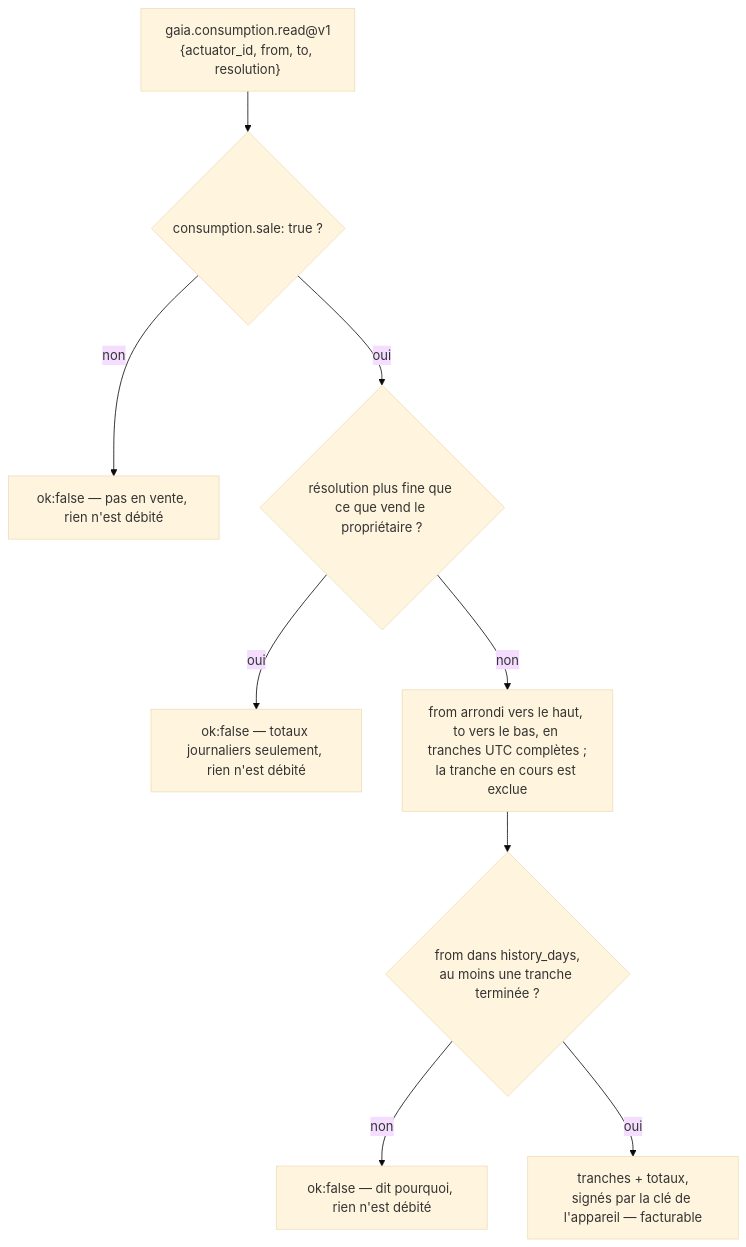
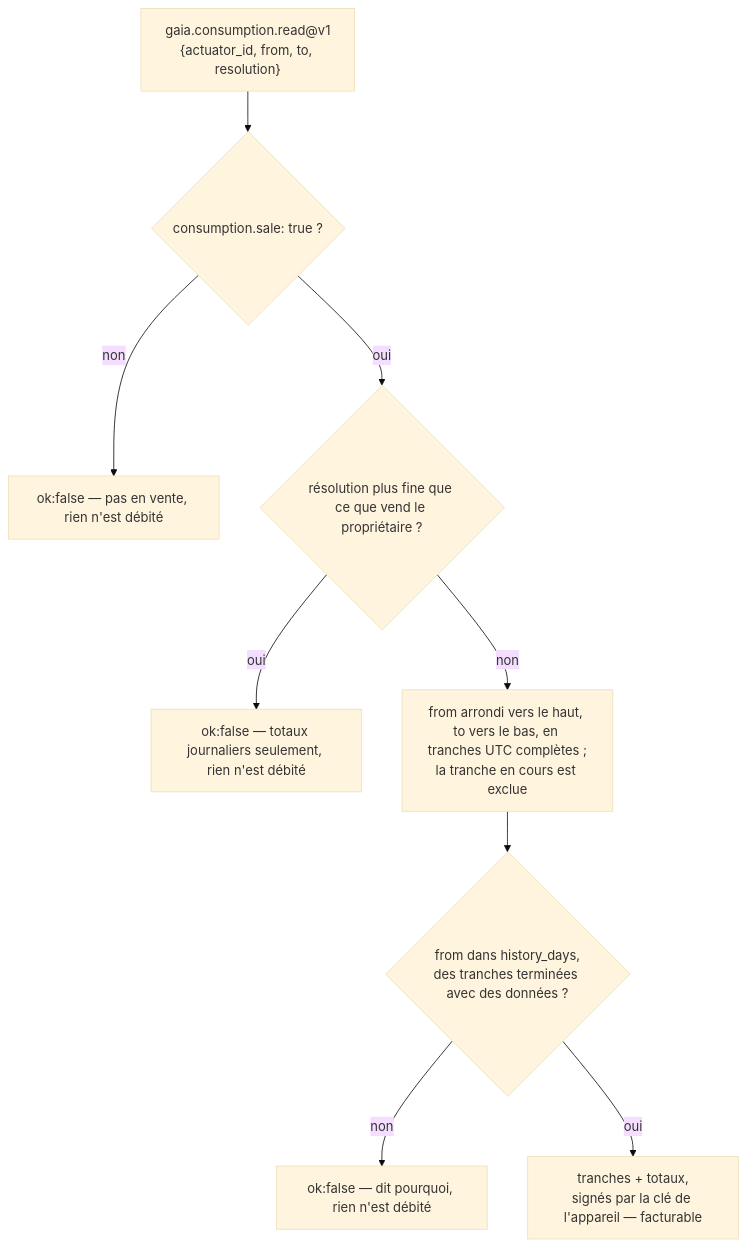
Before and after one commit to alexar76/gaia: the eighth of 8 diagrams in docs/i18n/ACTUATION.fr.md, drawn with Mermaid (base theme). The commit also changed other lines of this file and 7 other files, not shown here.

````diff
--- a/docs/i18n/ACTUATION.fr.md
+++ b/docs/i18n/ACTUATION.fr.md
@@ -479,11 +479,11 @@
 ```mermaid
 flowchart TD
     Q["gaia.consumption.read@v1<br/>{actuator_id, from, to, resolution}"] --> A{"consumption.sale: true ?"}
     A -- non --> X1["ok:false — pas en vente, rien n'est débité"]
     A -- oui --> B{"résolution plus fine que ce que vend le propriétaire ?"}
     B -- oui --> X2["ok:false — totaux journaliers seulement, rien n'est débité"]
     B -- non --> C["from arrondi vers le haut, to vers le bas, en tranches UTC complètes ;<br/>la tranche en cours est exclue"]
-    C --> D{"from dans history_days,<br/>au moins une tranche terminée ?"}
+    C --> D{"from dans history_days,<br/>des tranches terminées avec des données ?"}
     D -- non --> X3["ok:false — dit pourquoi, rien n'est débité"]
     D -- oui --> E["tranches + totaux,<br/>signés par la clé de l'appareil — facturable"]
 ```
````
